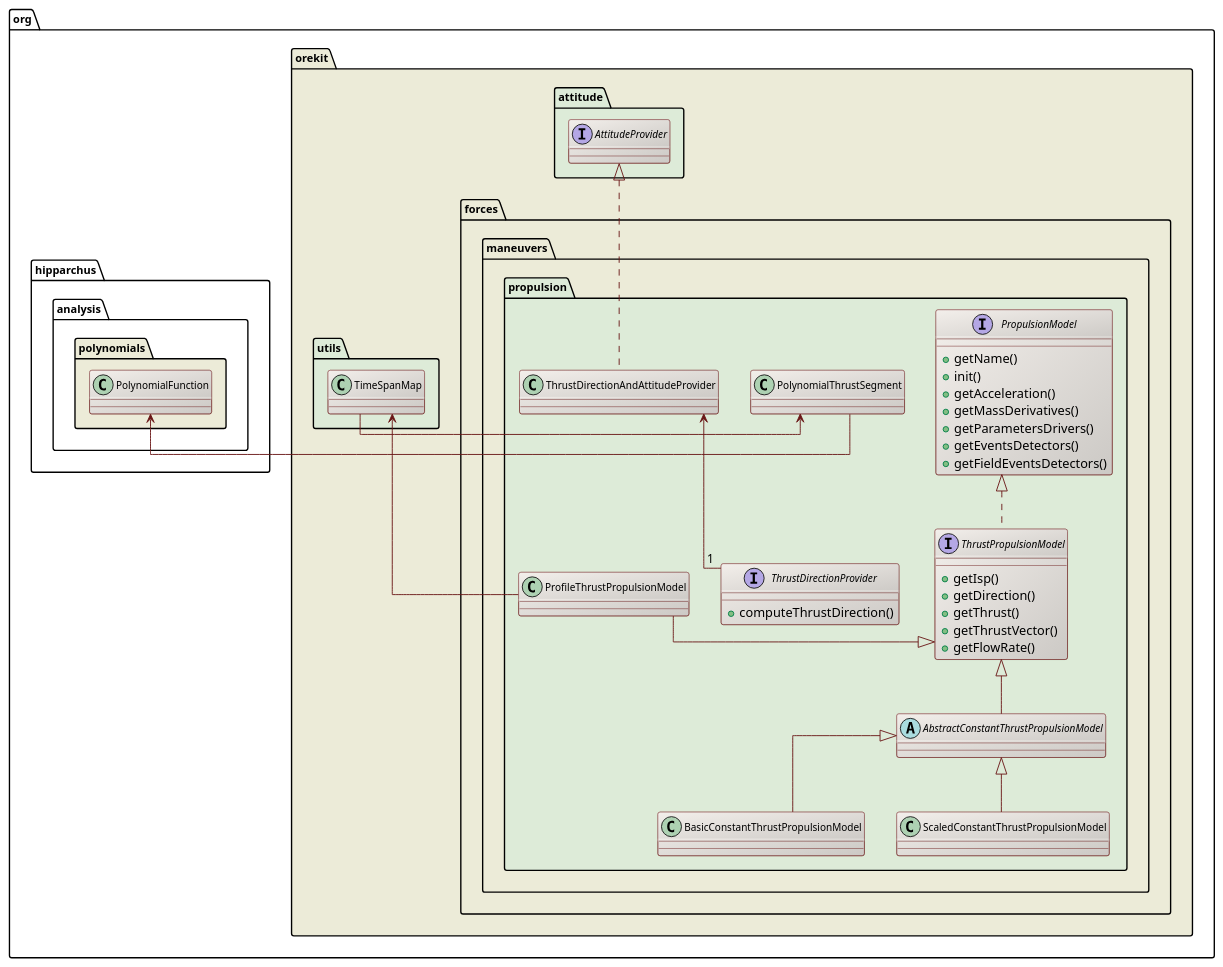
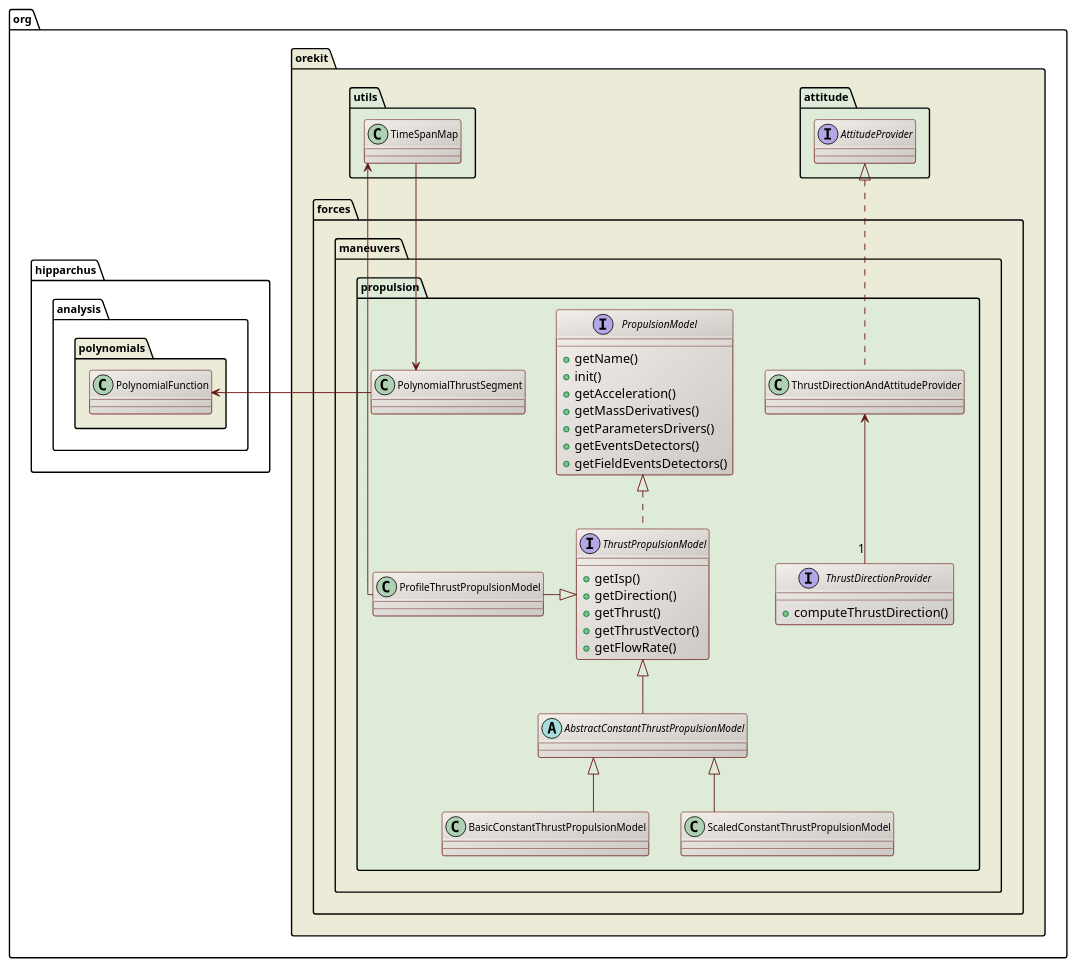
Before and after one commit to CS-SI/Orekit: the diagram in src/design/propulsion-class-diagram.puml, drawn with PlantUML.

Commit message:
Attempt to fix another diagram.

```diff
--- a/src/design/propulsion-class-diagram.puml
+++ b/src/design/propulsion-class-diagram.puml
@@ -17,77 +17,77 @@
 @startuml
 
   skinparam svek                  true
   skinparam ClassBackgroundColor  #F3EFEB/CCC9C5
   skinparam ClassArrowColor       #691616
   skinparam ClassBorderColor      #691616
   skinparam NoteBackgroundColor   #F3EFEB
   skinparam NoteBorderColor       #691616
   skinparam NoteFontColor         #691616
   skinparam ClassFontSize         11
   skinparam PackageFontSize       12
   skinparam linetype              ortho
 
   package org.orekit #ECEBD8 {
 
     package attitude #DDEBD8 {
       interface AttitudeProvider
     }
 
     package utils #DDEBD8 {
       class TimeSpanMap
     }
 
     package forces.maneuvers.propulsion #DDEBD8 {
 
       interface PropulsionModel {
         +getName()
         +init()
         +getAcceleration()
         +getMassDerivatives()
         +getParametersDrivers()
         +getEventsDetectors()
         +getFieldEventsDetectors()
       }
 
       interface ThrustPropulsionModel {
         +getIsp()
         +getDirection()
         +getThrust()
         +getThrustVector()
         +getFlowRate()
       }
 
       interface ThrustDirectionProvider {
         +computeThrustDirection()
       }
 
       abstract class AbstractConstantThrustPropulsionModel
       class BasicConstantThrustPropulsionModel
       class ScaledConstantThrustPropulsionModel
       class ProfileThrustPropulsionModel
       class PolynomialThrustSegment
 
       class ThrustDirectionAndAttitudeProvider
 
       PropulsionModel <|.. ThrustPropulsionModel
       ThrustPropulsionModel <|-- AbstractConstantThrustPropulsionModel
       ThrustPropulsionModel <|-right- ProfileThrustPropulsionModel
       AbstractConstantThrustPropulsionModel <|-- BasicConstantThrustPropulsionModel
       AbstractConstantThrustPropulsionModel <|-- ScaledConstantThrustPropulsionModel
 
       AttitudeProvider <|.. ThrustDirectionAndAttitudeProvider
       ThrustDirectionAndAttitudeProvider <-- "1" ThrustDirectionProvider
 
       TimeSpanMap <-- ProfileThrustPropulsionModel
-      PolynomialThrustSegment <-- TimeSpanMap
+      TimeSpanMap --> PolynomialThrustSegment
 
     }
 
   }
 
   package org.hipparchus.analysis.polynomials #ECEBD8 {
     class PolynomialFunction
     PolynomialThrustSegment -right-> PolynomialFunction
   }
 
 @enduml
```
